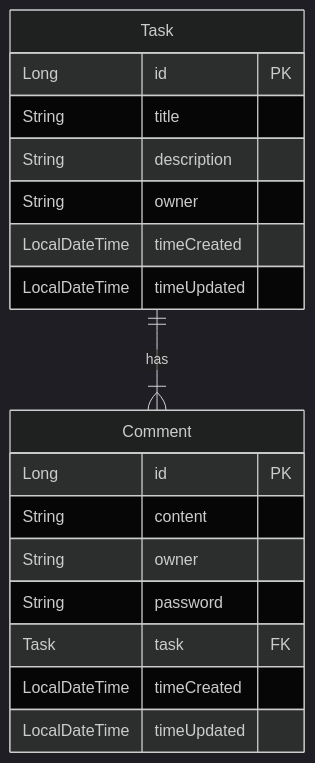
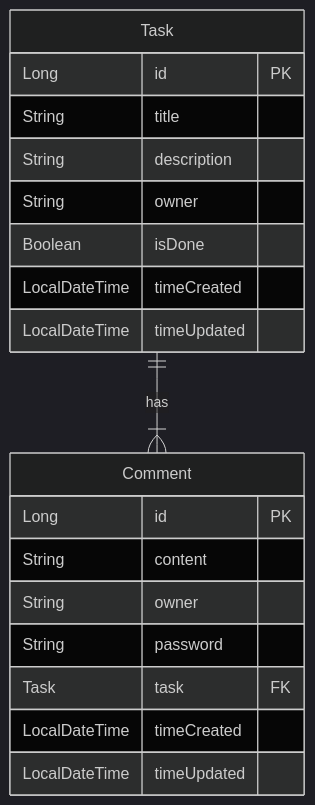
Before and after one commit to Turbstructor/SCCNBCKS2-Todo: the diagram in README.md, drawn with Mermaid (dark theme). The commit also changed other lines of this file, not shown here.

````diff
--- a/README.md
+++ b/README.md
@@ -137,23 +137,24 @@
 ```mermaid
 erDiagram
     Task {
         Long id PK
         String title
         String description
         String owner
+        Boolean isDone
         LocalDateTime timeCreated
         LocalDateTime timeUpdated
     }
 
     Comment {
         Long id PK
         String content
         String owner
         String password
         Task task FK
         LocalDateTime timeCreated
         LocalDateTime timeUpdated
     }
 
     Task ||--|{ Comment: has
 ```
````
